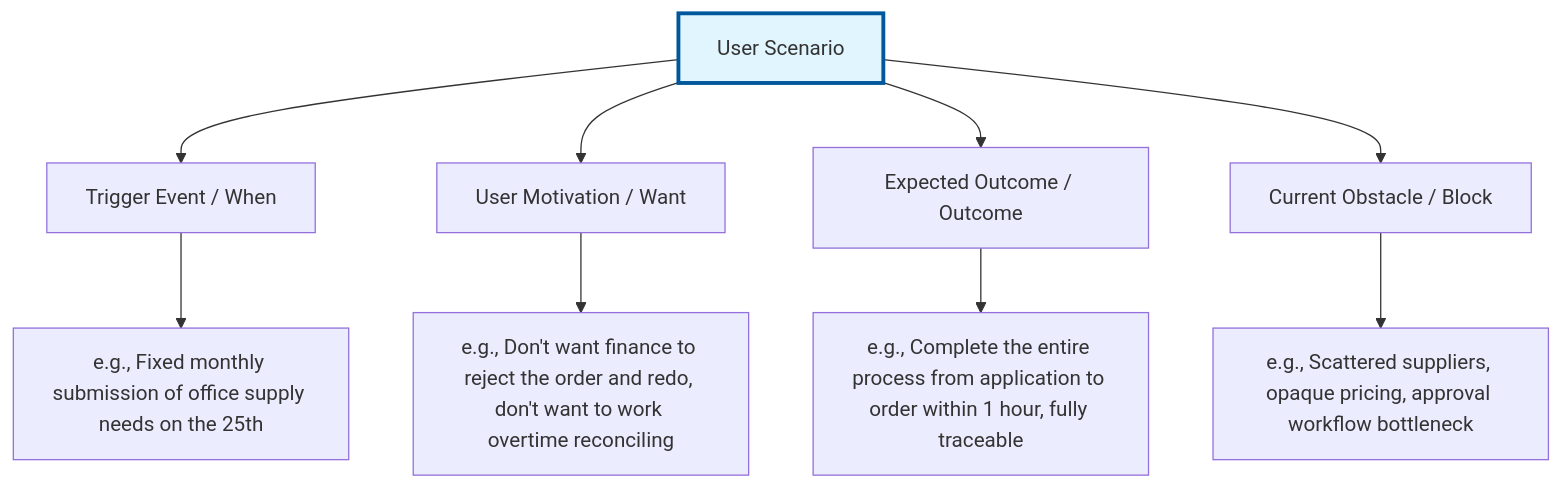
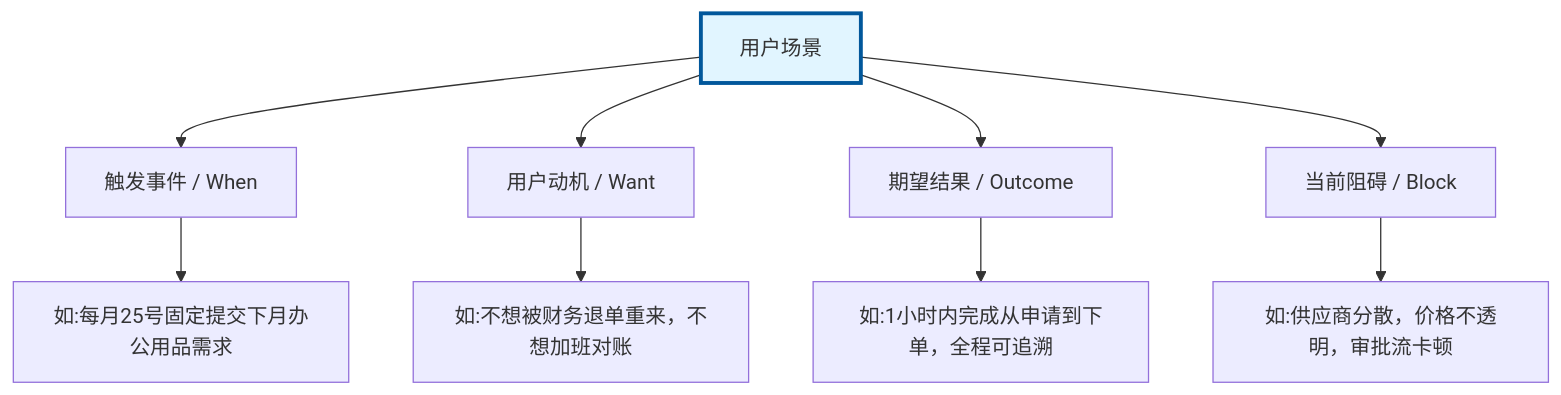
One commit to Kirky-X/cangjie changed the fifth of 18 diagrams in templates/Product/Strategy/Template-MRD.md. Above: the diagram before and after it, drawn with Mermaid. The commit also changed other lines of this file and 33 other files, not shown here.

````diff
--- a/templates/Product/Strategy/Template-MRD.md
+++ b/templates/Product/Strategy/Template-MRD.md
@@ -207,14 +207,14 @@
 ```mermaid
 graph TD
-    A[User Scenario] --> B[Trigger Event / When]
-    A --> C[User Motivation / Want]
-    A --> D[Expected Outcome / Outcome]
-    A --> E[Current Obstacle / Block]
+    A[用户场景] --> B[触发事件 / When]
+    A --> C[用户动机 / Want]
+    A --> D[期望结果 / Outcome]
+    A --> E[当前阻碍 / Block]
 
-    B --> B1[e.g., Fixed monthly submission of office supply needs on the 25th]
-    C --> C1[e.g., Don't want finance to reject the order and redo, don't want to work overtime reconciling]
-    D --> D1[e.g., Complete the entire process from application to order within 1 hour, fully traceable]
-    E --> E1[e.g., Scattered suppliers, opaque pricing, approval workflow bottleneck]
+    B --> B1[如:每月25号固定提交下月办公用品需求]
+    C --> C1[如:不想被财务退单重来，不想加班对账]
+    D --> D1[如:1小时内完成从申请到下单，全程可追溯]
+    E --> E1[如:供应商分散，价格不透明，审批流卡顿]
 
     style A fill:#e1f5ff,stroke:#01579b,stroke-width:3px
 ```
````
